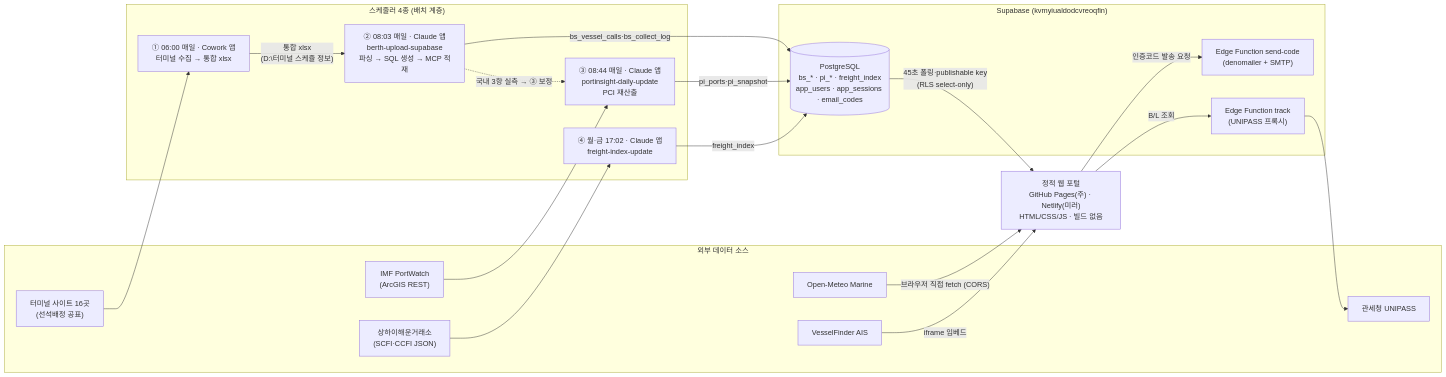
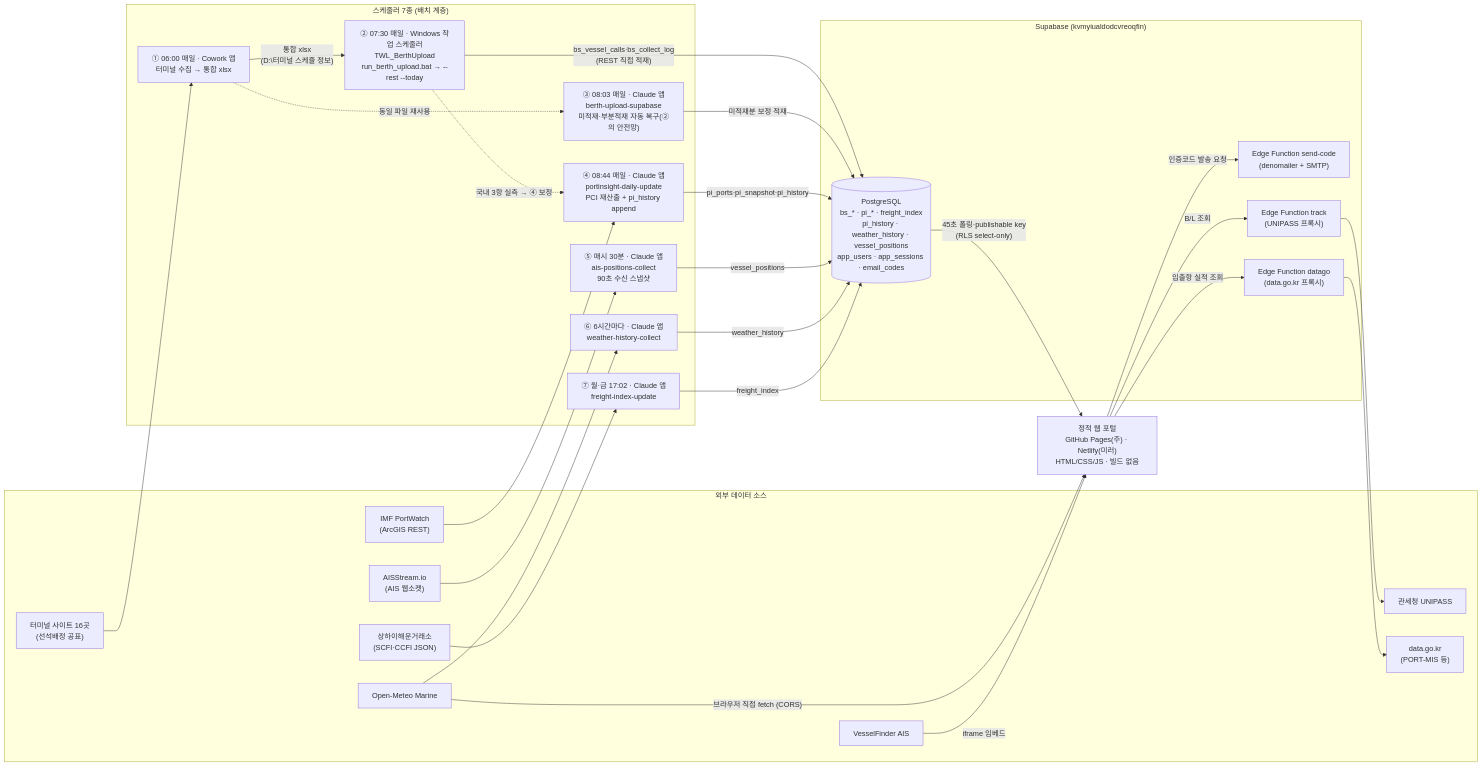
Before and after one commit to sitditrd/AI_SCM: the first of 3 diagrams in docs/03-architecture/ARCHITECTURE.md, drawn with Mermaid. The commit also changed other lines of this file and 5 other files, not shown here.

````diff
--- a/docs/03-architecture/ARCHITECTURE.md
+++ b/docs/03-architecture/ARCHITECTURE.md
@@ -25,41 +25,55 @@
 ```mermaid
 flowchart LR
     subgraph SRC["외부 데이터 소스"]
         T16["터미널 사이트 16곳<br/>(선석배정 공표)"]
         PW["IMF PortWatch<br/>(ArcGIS REST)"]
         SSE["상하이해운거래소<br/>(SCFI·CCFI JSON)"]
         OM["Open-Meteo Marine"]
+        AIS["AISStream.io<br/>(AIS 웹소켓)"]
         VF["VesselFinder AIS"]
         UNI["관세청 UNIPASS"]
+        DGK["data.go.kr<br/>(PORT-MIS 등)"]
     end
 
-    subgraph SCH["스케줄러 4종 (배치 계층)"]
+    subgraph SCH["스케줄러 7종 (배치 계층)"]
         S1["① 06:00 매일 · Cowork 앱<br/>터미널 수집 → 통합 xlsx"]
-        S2["② 08:03 매일 · Claude 앱<br/>berth-upload-supabase<br/>파싱 → SQL 생성 → MCP 적재"]
-        S3["③ 08:44 매일 · Claude 앱<br/>portinsight-daily-update<br/>PCI 재산출"]
-        S4["④ 월·금 17:02 · Claude 앱<br/>freight-index-update"]
+        S2["② 07:30 매일 · Windows 작업 스케줄러<br/>TWL_BerthUpload<br/>run_berth_upload.bat → --rest --today"]
+        S3["③ 08:03 매일 · Claude 앱<br/>berth-upload-supabase<br/>미적재·부분적재 자동 복구(②의 안전망)"]
+        S4["④ 08:44 매일 · Claude 앱<br/>portinsight-daily-update<br/>PCI 재산출 + pi_history append"]
+        S5["⑤ 매시 30분 · Claude 앱<br/>ais-positions-collect<br/>90초 수신 스냅샷"]
+        S6["⑥ 6시간마다 · Claude 앱<br/>weather-history-collect"]
+        S7["⑦ 월·금 17:02 · Claude 앱<br/>freight-index-update"]
     end
 
     subgraph SB["Supabase (kvmyiualdodcvreoqfin)"]
-        DB[("PostgreSQL<br/>bs_* · pi_* · freight_index<br/>app_users · app_sessions · email_codes")]
+        DB[("PostgreSQL<br/>bs_* · pi_* · freight_index<br/>pi_history · weather_history · vessel_positions<br/>app_users · app_sessions · email_codes")]
         EF1["Edge Function send-code<br/>(denomailer + SMTP)"]
         EF2["Edge Function track<br/>(UNIPASS 프록시)"]
+        EF3["Edge Function datago<br/>(data.go.kr 프록시)"]
     end
 
     WEB["정적 웹 포털<br/>GitHub Pages(주) · Netlify(미러)<br/>HTML/CSS/JS · 빌드 없음"]
 
     T16 --> S1
     S1 -- "통합 xlsx<br/>(D:\터미널 스케쥴 정보)" --> S2
-    PW --> S3
-    SSE --> S4
-    S2 -- "bs_vessel_calls·bs_collect_log" --> DB
-    S3 -- "pi_ports·pi_snapshot" --> DB
-    S4 -- "freight_index" --> DB
-    S2 -. "국내 3항 실측 → ③ 보정" .-> S3
+    S1 -. "동일 파일 재사용" .-> S3
+    PW --> S4
+    AIS --> S5
+    OM --> S6
+    SSE --> S7
+    S2 -- "bs_vessel_calls·bs_collect_log<br/>(REST 직접 적재)" --> DB
+    S3 -- "미적재분 보정 적재" --> DB
+    S4 -- "pi_ports·pi_snapshot·pi_history" --> DB
+    S5 -- "vessel_positions" --> DB
+    S6 -- "weather_history" --> DB
+    S7 -- "freight_index" --> DB
+    S2 -. "국내 3항 실측 → ④ 보정" .-> S4
     DB -- "45초 폴링·publishable key<br/>(RLS select-only)" --> WEB
     WEB -- "인증코드 발송 요청" --> EF1
     WEB -- "B/L 조회" --> EF2
+    WEB -- "입출항 실적 조회" --> EF3
     EF2 --> UNI
+    EF3 --> DGK
     OM -- "브라우저 직접 fetch (CORS)" --> WEB
     VF -- "iframe 임베드" --> WEB
 ```
````
